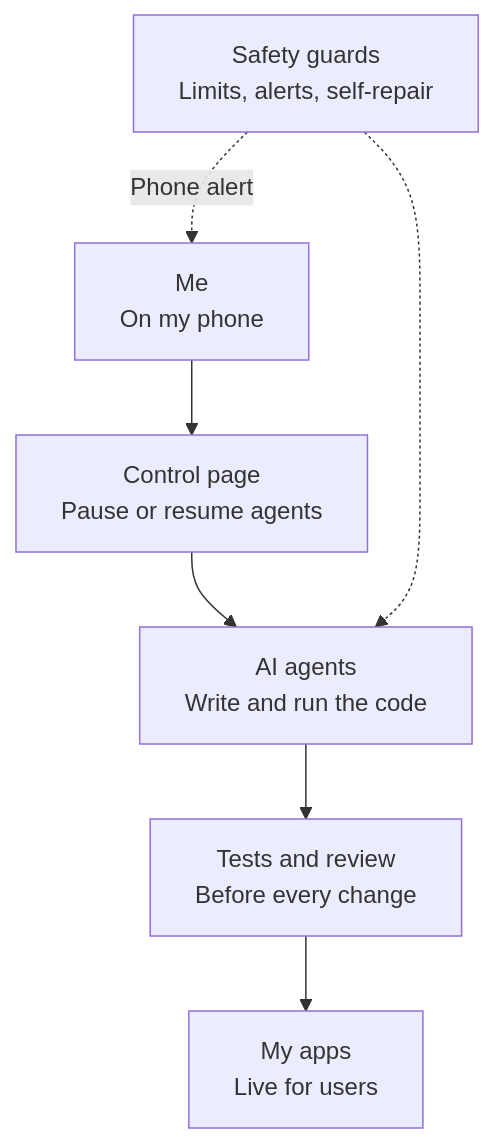
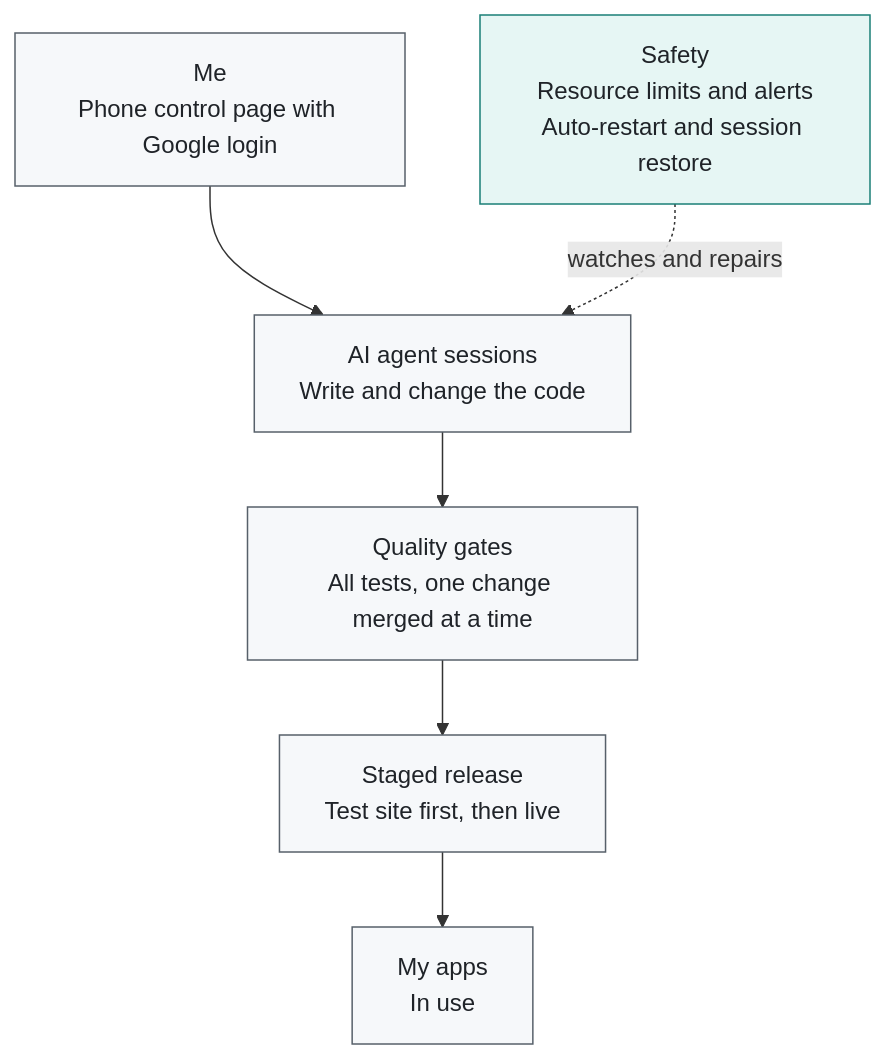
Before and after one commit to murilobellatini/murilobellatini: the first of 2 diagrams in README.md, drawn with Mermaid. The commit also changed other lines of this file and 1 other file, not shown here.

Commit message:
docs: cleaner Pi diagram

````diff
--- a/README.md
+++ b/README.md
@@ -134,10 +134,14 @@
 ```mermaid
 flowchart TD
-    ME[Me<br>On my phone] --> CTL[Control page<br>Pause or resume agents]
-    CTL --> AG[AI agents<br>Write and run the code]
-    AG --> QA[Tests and review<br>Before every change]
-    QA --> APPS[My apps<br>Live for users]
+    ME[Me<br>Phone control page with Google login] --> AG[AI agent sessions<br>Write and change the code]
+    AG --> QA[Quality gates<br>All tests, one change merged at a time]
+    QA --> REL[Staged release<br>Test site first, then live]
+    REL --> APP[My apps<br>In use]
 
-    GD[Safety guards<br>Limits, alerts, self-repair] -.-> AG
-    GD -. Phone alert .-> ME
+    SAF[Safety<br>Resource limits and alerts<br>Auto-restart and session restore] -. watches and repairs .-> AG
+
+    classDef main fill:#f6f8fa,stroke:#57606a,color:#1f2328;
+    classDef safe fill:#e6f6f4,stroke:#1a7f77,color:#1f2328;
+    class ME,AG,QA,REL,APP main;
+    class SAF safe;
 ```
````
